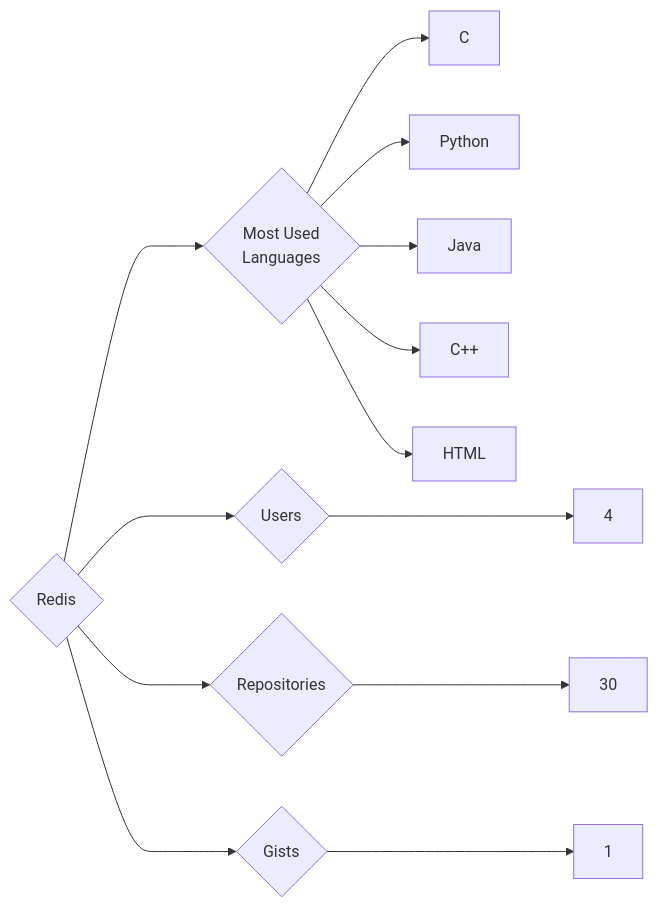
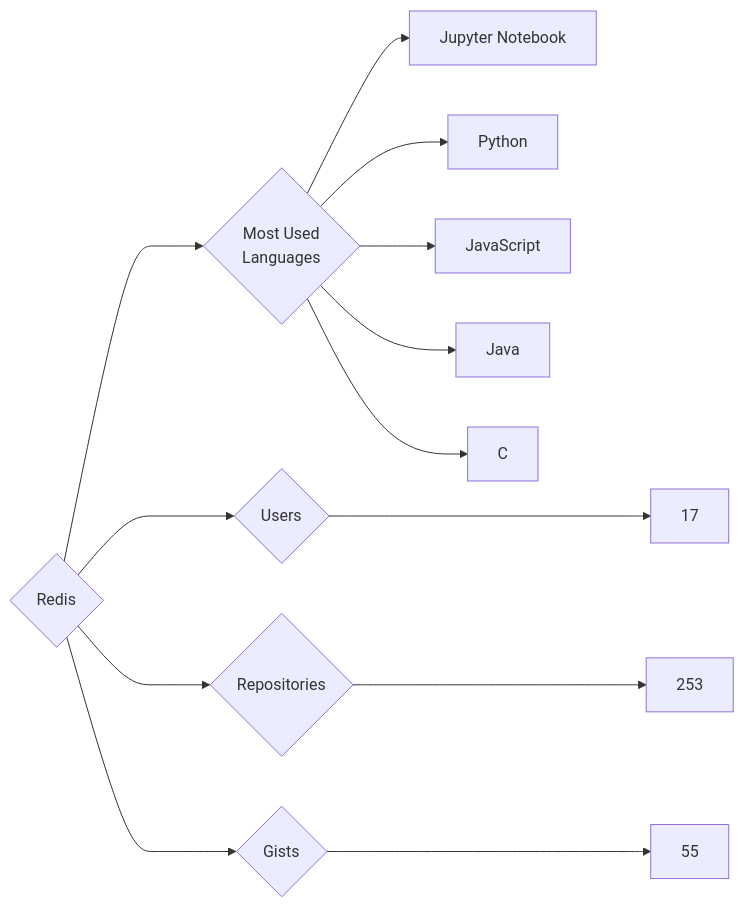
Before and after one commit to trickest/insiders: the diagram in targets/Redis/README.md, drawn with Mermaid. The commit also changed 955 other files, not shown here.

````diff
--- a/targets/Redis/README.md
+++ b/targets/Redis/README.md
@@ -3,13 +3,13 @@
 ```mermaid
 graph LR
 COMPANY_NAME{Redis}
-COMPANY_NAME ---> U{Users} ---> UN[4]
-COMPANY_NAME ---> R{Repositories} ---> RN[30]
-COMPANY_NAME ---> G{Gists} ---> GN[1]
+COMPANY_NAME ---> U{Users} ---> UN[17]
+COMPANY_NAME ---> R{Repositories} ---> RN[253]
+COMPANY_NAME ---> G{Gists} ---> GN[55]
 COMPANY_NAME ---> ML{Most Used<br>Languages}
+ML --> Jupyter_Notebook[Jupyter Notebook]
+ML --> Python[Python]
+ML --> JavaScript[JavaScript]
+ML --> Java[Java]
 ML --> C[C]
-ML --> Python[Python]
-ML --> Java[Java]
-ML --> C++[C++]
-ML --> HTML[HTML]
 ```
````
